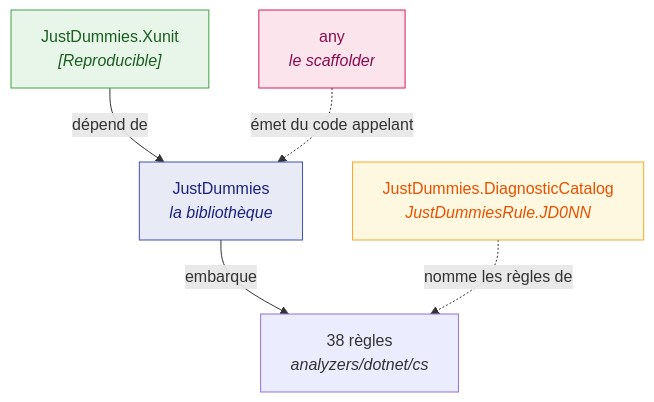
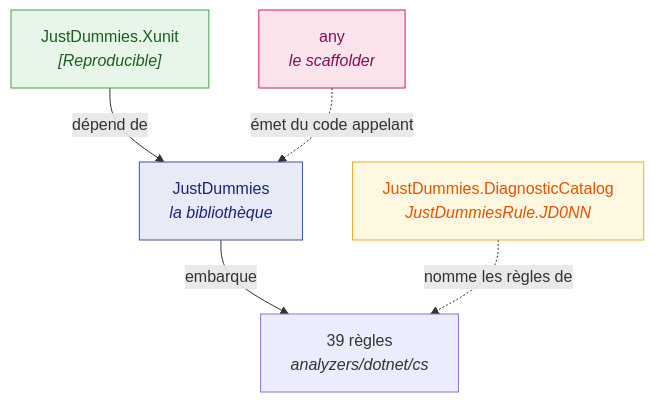
The diagram in doc/handwritten/for-users/packages/README.fr.md (Reefact/just-dummies), drawn with Mermaid before and after one commit. The commit also changed other lines of this file and 41 other files, not shown here.

````diff
--- a/doc/handwritten/for-users/packages/README.fr.md
+++ b/doc/handwritten/for-users/packages/README.fr.md
@@ -19,14 +19,14 @@
 ```mermaid
 flowchart TD
     accTitle: Comment les quatre paquets s'articulent
-    accDescr: JustDummies, la bibliothèque, embarque les 38 règles sous analyzers/dotnet/cs. JustDummies.Xunit dépend de la bibliothèque. JustDummies.DiagnosticCatalog nomme ces règles sans en dépendre, et any, le scaffolder, émet du code appelant la bibliothèque.
-    L["JustDummies<br/><i>la bibliothèque</i>"] -->|"embarque"| A["38 règles<br/><i>analyzers/dotnet/cs</i>"]
+    accDescr: JustDummies, la bibliothèque, embarque les 39 règles sous analyzers/dotnet/cs. JustDummies.Xunit dépend de la bibliothèque. JustDummies.DiagnosticCatalog nomme ces règles sans en dépendre, et any, le scaffolder, émet du code appelant la bibliothèque.
+    L["JustDummies<br/><i>la bibliothèque</i>"] -->|"embarque"| A["39 règles<br/><i>analyzers/dotnet/cs</i>"]
     X["JustDummies.Xunit<br/><i>[Reproducible]</i>"] -->|"dépend de"| L
     C["JustDummies.DiagnosticCatalog<br/><i>JustDummiesRule.JD0NN</i>"]
     C -.->|"nomme les règles de"| A
     D["any<br/><i>le scaffolder</i>"] -.->|"émet du code appelant"| L
     style L fill:#e8eaf6,stroke:#3f51b5,color:#1a237e
     style X fill:#e8f5e9,stroke:#43a047,color:#1b5e20
     style C fill:#fff8e1,stroke:#f9a825,color:#e65100
     style D fill:#fce4ec,stroke:#d81b60,color:#880e4f
 ```
````
